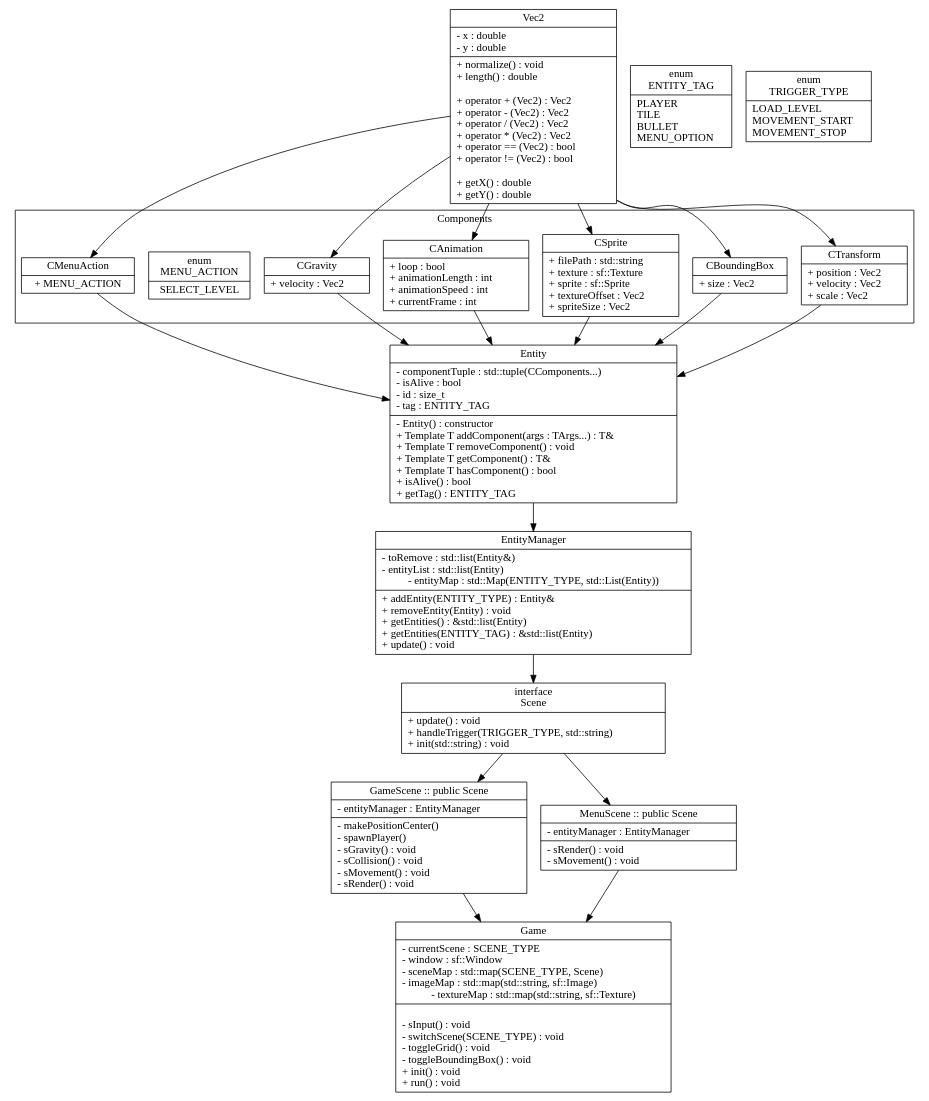
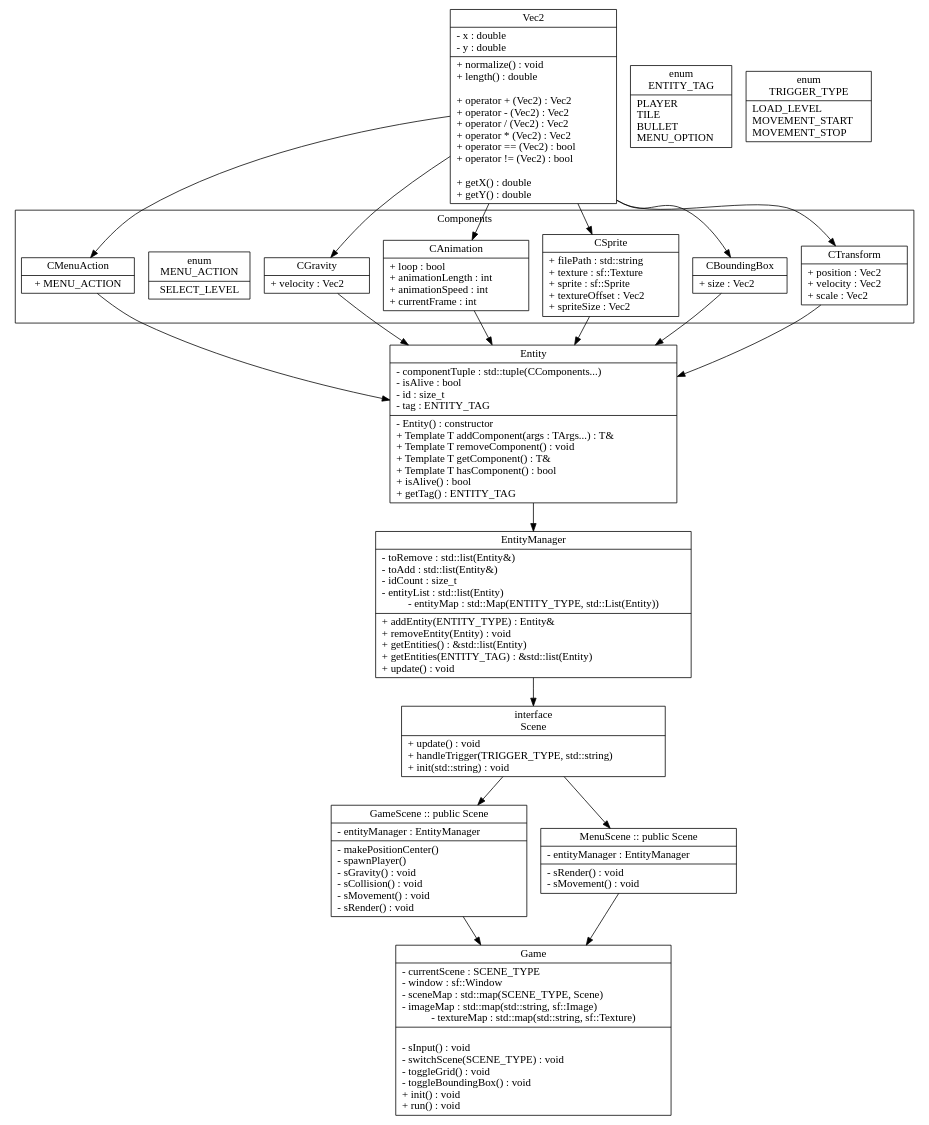
One commit to PumpkinBrain/platformer-game changed the diagram in docs/graphs/classes.dot. Above: the diagram before and after it, drawn with Graphviz. The commit also changed 40 other files, not shown here.

```diff
--- a/docs/graphs/classes.dot
+++ b/docs/graphs/classes.dot
@@ -138,6 +138,8 @@
 		"{
 			EntityManager|
 			- toRemove : std::list(Entity&)\l
+			- toAdd : std::list(Entity&)\l
+			- idCount : size_t\l
 			- entityList : std::list(Entity)\l
 			- entityMap : std::Map(ENTITY_TYPE, std::List(Entity))|
 			+ addEntity(ENTITY_TYPE) : Entity&\l
```
